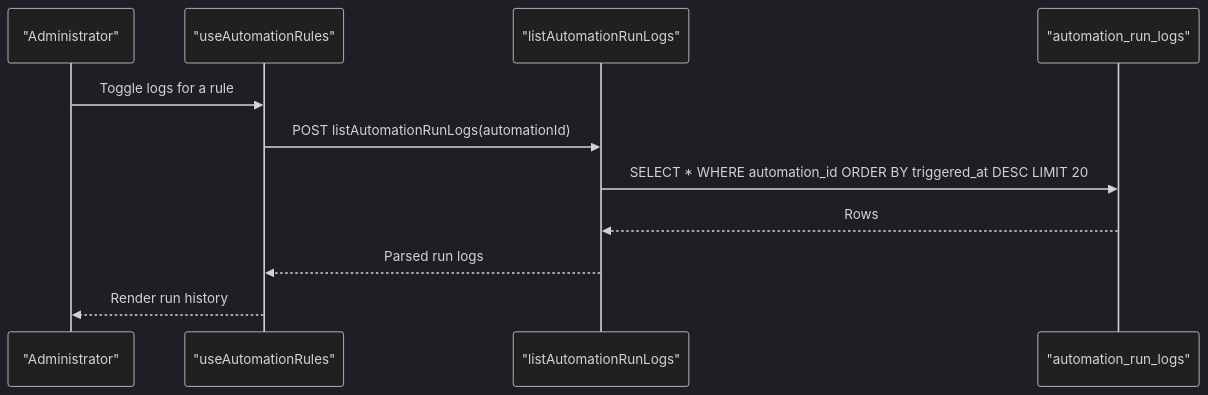
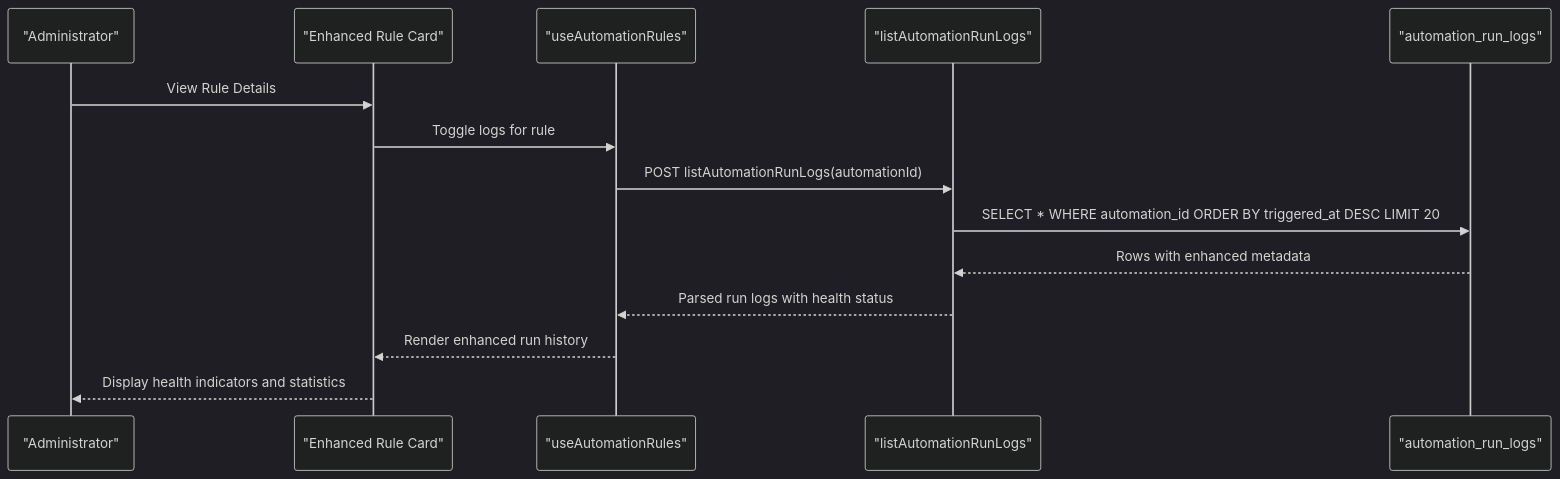
One commit to gastaldellomarco/pcReady changed the seventh of 11 diagrams in .qoder/repowiki/en/content/Automation System/Automation System.md. Above: the diagram before and after it, drawn with Mermaid (dark theme). The commit also changed other lines of this file and 19 other files, not shown here.

First line of the commit message:
feat(automation): enhance Automation Flow Builder with dual-mode design and advanced UI

````diff
--- a/.qoder/repowiki/en/content/Automation System/Automation System.md
+++ b/.qoder/repowiki/en/content/Automation System/Automation System.md
@@ -276,13 +320,16 @@
 ```mermaid
 sequenceDiagram
 participant Admin as "Administrator"
+participant Card as "Enhanced Rule Card"
 participant Hook as "useAutomationRules"
 participant API as "listAutomationRunLogs"
 participant DB as "automation_run_logs"
-Admin->>Hook : Toggle logs for a rule
+Admin->>Card : View Rule Details
+Card->>Hook : Toggle logs for rule
 Hook->>API : POST listAutomationRunLogs(automationId)
 API->>DB : SELECT * WHERE automation_id ORDER BY triggered_at DESC LIMIT 20
-DB-->>API : Rows
-API-->>Hook : Parsed run logs
-Hook-->>Admin : Render run history
+DB-->>API : Rows with enhanced metadata
+API-->>Hook : Parsed run logs with health status
+Hook-->>Card : Render enhanced run history
+Card-->>Admin : Display health indicators and statistics
 ```
````
